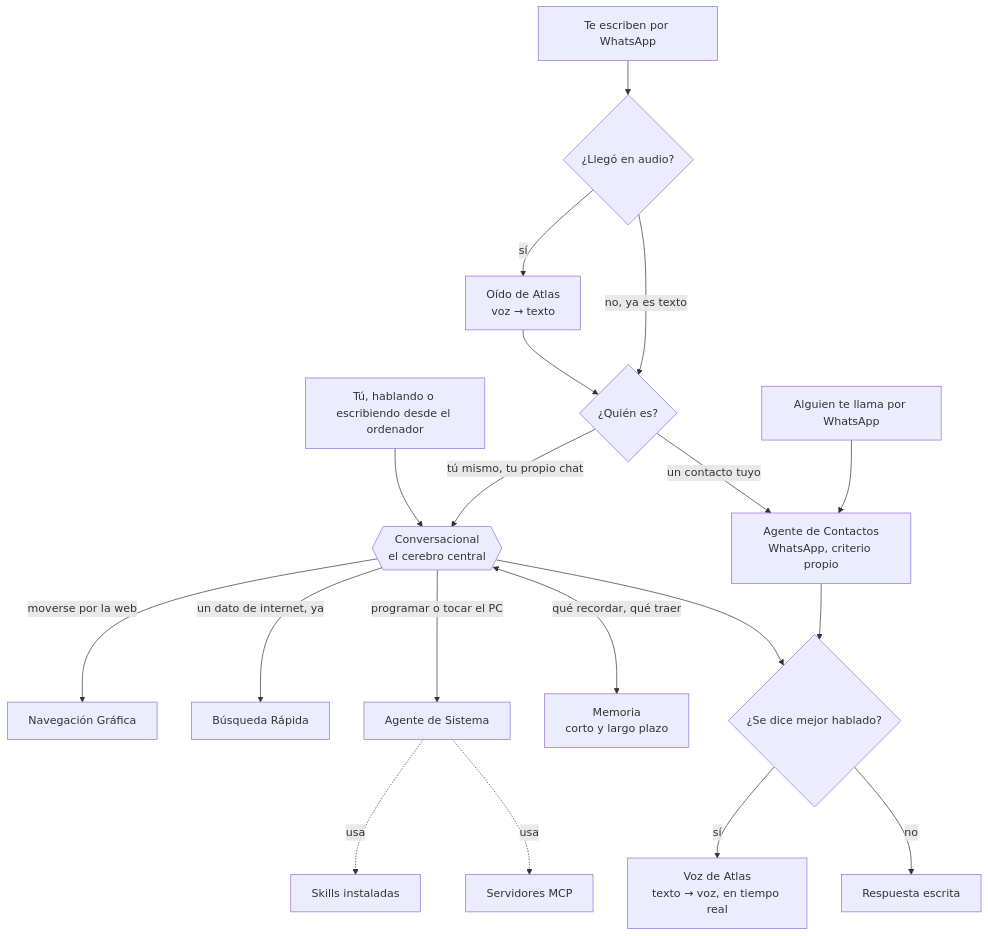
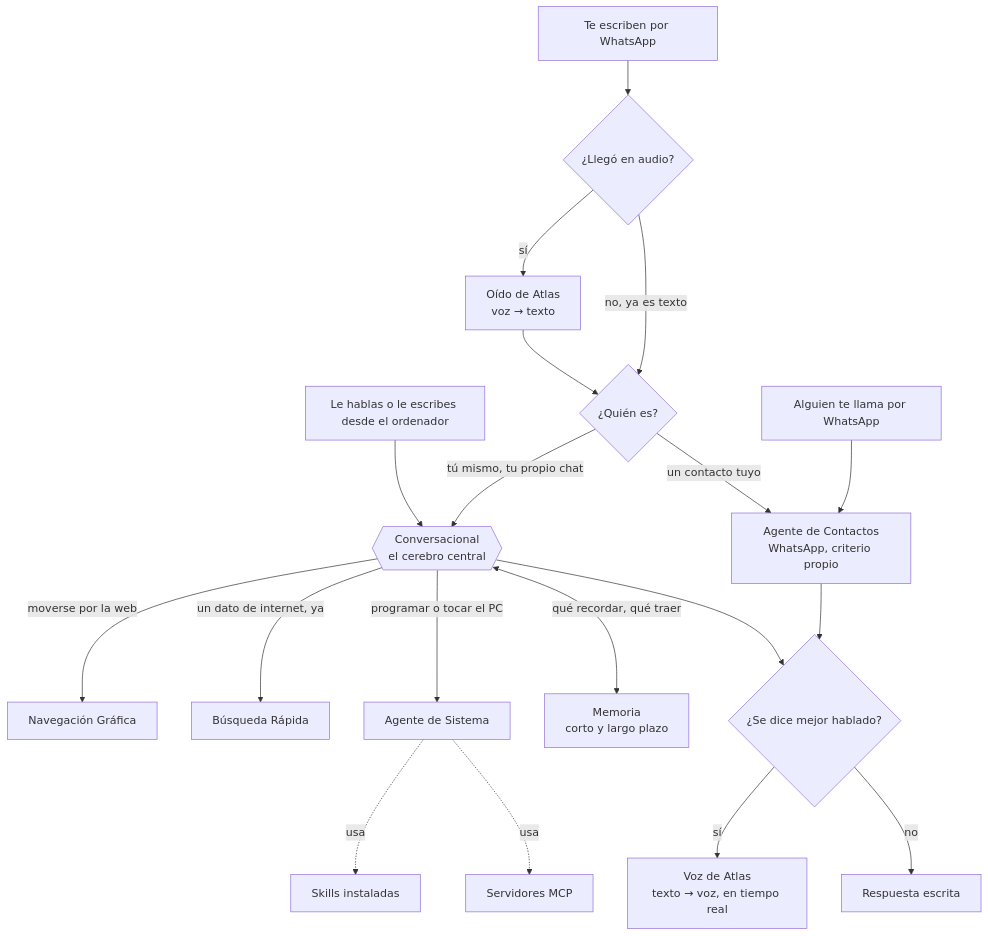
Before and after one commit to sharith45/atlas-Assistant: the diagram in README.md, drawn with Mermaid.

Commit message:
Reordena el diagrama: Conversacional primero, el arbol se abre desde ahi
WhatsApp deja de verse como una entrada paralela al mismo nivel;
ahora es una rama mas que cuelga del flujo principal.

````diff
--- a/README.md
+++ b/README.md
@@ -169,25 +169,26 @@
 ```mermaid
 flowchart TD
-    U1["Tú, hablando o escribiendo desde el ordenador"] --> CONV
+    CONV{{"Conversacional<br/>el cerebro central"}}
+    U1["Le hablas o le escribes desde el ordenador"] --> CONV
+
+    CONV -->|"moverse por la web"| NAV["Navegación Gráfica"]
+    CONV -->|"un dato de internet, ya"| BUS["Búsqueda Rápida"]
+    CONV -->|"programar o tocar el PC"| SIS["Agente de Sistema"]
+    CONV <-->|"qué recordar, qué traer"| MEM["Memoria<br/>corto y largo plazo"]
+
+    SIS -.->|"usa"| SKI["Skills instaladas"]
+    SIS -.->|"usa"| MCP["Servidores MCP"]
+
     U2["Te escriben por WhatsApp"] --> W2{"¿Llegó en audio?"}
     W2 -->|"sí"| OIDO["Oído de Atlas<br/>voz → texto"]
     W2 -->|"no, ya es texto"| W3
     OIDO --> W3{"¿Quién es?"}
     LLAM["Alguien te llama por WhatsApp"] --> WAAG
     W3 -->|"tú mismo, tu propio chat"| CONV
     W3 -->|"un contacto tuyo"| WAAG["Agente de Contactos<br/>WhatsApp, criterio propio"]
 
-    CONV{{"Conversacional<br/>el cerebro central"}}
-    CONV -->|"moverse por la web"| NAV["Navegación Gráfica"]
-    CONV -->|"un dato de internet, ya"| BUS["Búsqueda Rápida"]
-    CONV -->|"programar o tocar el PC"| SIS["Agente de Sistema"]
-    CONV <-->|"qué recordar, qué traer"| MEM["Memoria<br/>corto y largo plazo"]
-
-    SIS -.->|"usa"| SKI["Skills instaladas"]
-    SIS -.->|"usa"| MCP["Servidores MCP"]
-
     CONV --> SALIDA{"¿Se dice mejor hablado?"}
     WAAG --> SALIDA
     SALIDA -->|"sí"| VOZ["Voz de Atlas<br/>texto → voz, en tiempo real"]
     SALIDA -->|"no"| TXT["Respuesta escrita"]
 ```
````
